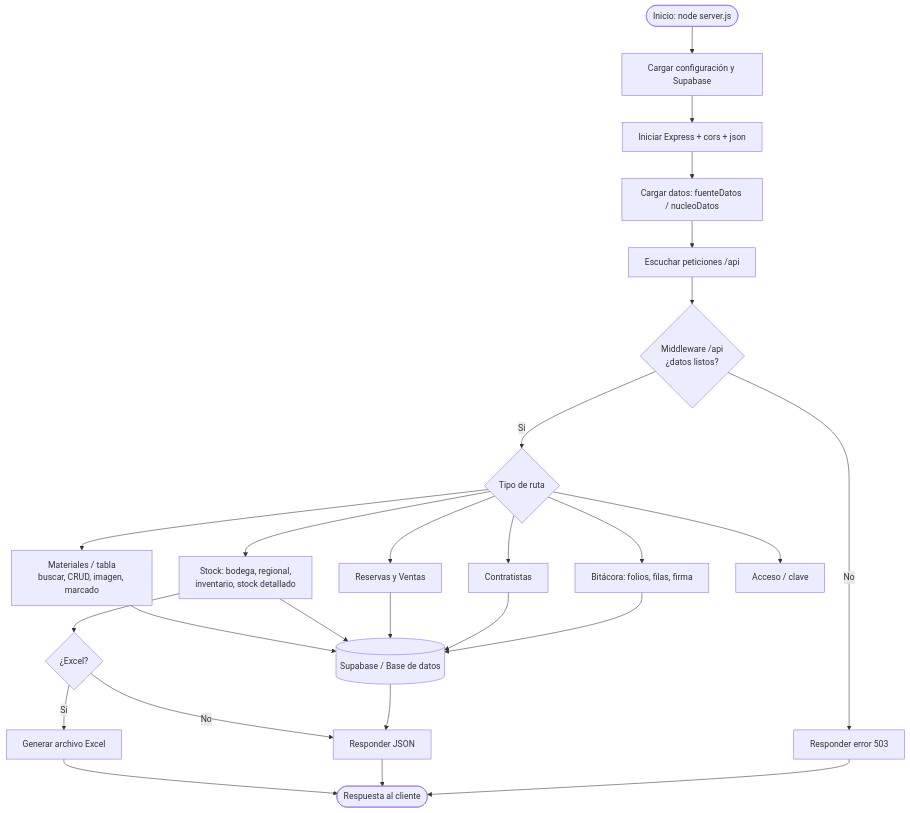
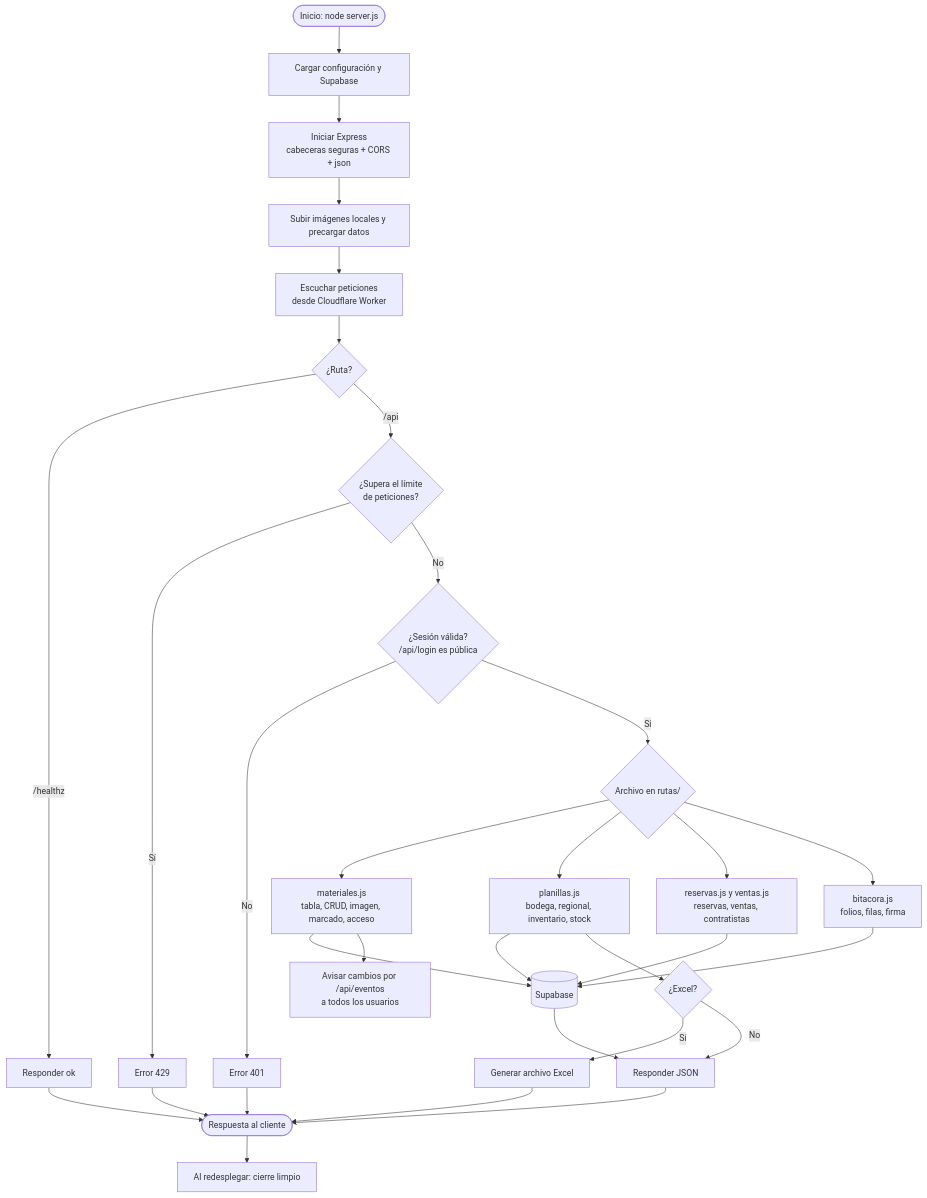
One commit to AniMuoz/Practica-2 changed the diagram in prog2/back/Diagrama programa back/diagrama.md. Above: the diagram before and after it, drawn with Mermaid. The commit also changed 3 other files, not shown here.

````diff
--- a/prog2/back/Diagrama programa back/diagrama.md
+++ b/prog2/back/Diagrama programa back/diagrama.md
@@ -3,28 +3,33 @@
 ```mermaid
 flowchart TD
     A([Inicio: node server.js]) --> B[Cargar configuración y Supabase]
-    B --> C[Iniciar Express + cors + json]
-    C --> D[Cargar datos: fuenteDatos / nucleoDatos]
-    D --> E[Escuchar peticiones /api]
-    E --> F{Middleware /api<br/>¿datos listos?}
-    F -- No --> G[Responder error 503]
-    F -- Sí --> H{Tipo de ruta}
-    H --> I[Materiales / tabla<br/>buscar, CRUD, imagen, marcado]
-    H --> J[Stock: bodega, regional,<br/>inventario, stock detallado]
-    H --> K[Reservas y Ventas]
-    H --> L[Contratistas]
-    H --> M[Bitácora: folios, filas, firma]
-    H --> N[Acceso / clave]
-    I --> O[(Supabase / Base de datos)]
+    B --> C[Iniciar Express<br/>cabeceras seguras + CORS + json]
+    C --> D[Subir imágenes locales y precargar datos]
+    D --> E[Escuchar peticiones<br/>desde Cloudflare Worker]
+    E --> H0{¿Ruta?}
+    H0 -- /healthz --> HZ[Responder ok]
+    H0 -- /api --> RL{¿Supera el límite<br/>de peticiones?}
+    RL -- Sí --> R429[Error 429]
+    RL -- No --> AU{¿Sesión válida?<br/>/api/login es pública}
+    AU -- No --> R401[Error 401]
+    AU -- Sí --> H{Archivo en rutas/}
+    H --> I[materiales.js<br/>tabla, CRUD, imagen, marcado, acceso]
+    H --> J[planillas.js<br/>bodega, regional, inventario, stock]
+    H --> K[reservas.js y ventas.js<br/>reservas, ventas, contratistas]
+    H --> M[bitacora.js<br/>folios, filas, firma]
+    I --> O[(Supabase)]
     J --> O
     K --> O
-    L --> O
     M --> O
     J --> P{¿Excel?}
     P -- Sí --> Q[Generar archivo Excel]
     P -- No --> R[Responder JSON]
     O --> R
+    I --> EV[Avisar cambios por /api/eventos<br/>a todos los usuarios]
     Q --> S([Respuesta al cliente])
     R --> S
-    G --> S
+    HZ --> S
+    R429 --> S
+    R401 --> S
+    S --> T[Al redesplegar: cierre limpio]
 ```
````
